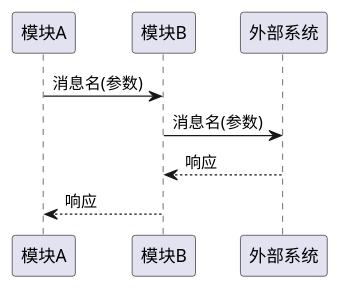
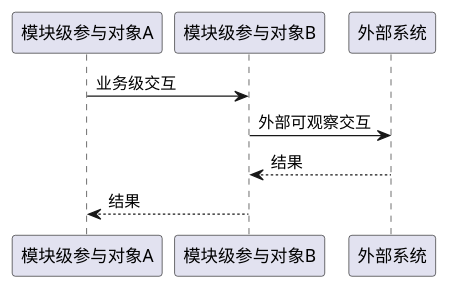
One commit to YickelFuboo/AI-Worker-Project changed the first of 2 diagrams in skills/06-fwd-logic-flow-design/templates/implementation_design_template.md. Above: the diagram before and after it, drawn with PlantUML. The commit also changed other lines of this file and 33 other files, not shown here.

````diff
--- a/skills/06-fwd-logic-flow-design/templates/implementation_design_template.md
+++ b/skills/06-fwd-logic-flow-design/templates/implementation_design_template.md
@@ -21,12 +22,12 @@
 ```plantuml
 @startuml
-participant "模块A" as A
-participant "模块B" as B
+participant "模块级参与对象A" as A
+participant "模块级参与对象B" as B
 participant "外部系统" as C
 
-A -> B: 消息名(参数)
-B -> C: 消息名(参数)
-C --> B: 响应
-B --> A: 响应
+A -> B: 业务级交互
+B -> C: 外部可观察交互
+C --> B: 结果
+B --> A: 结果
 @enduml
 ```
````
